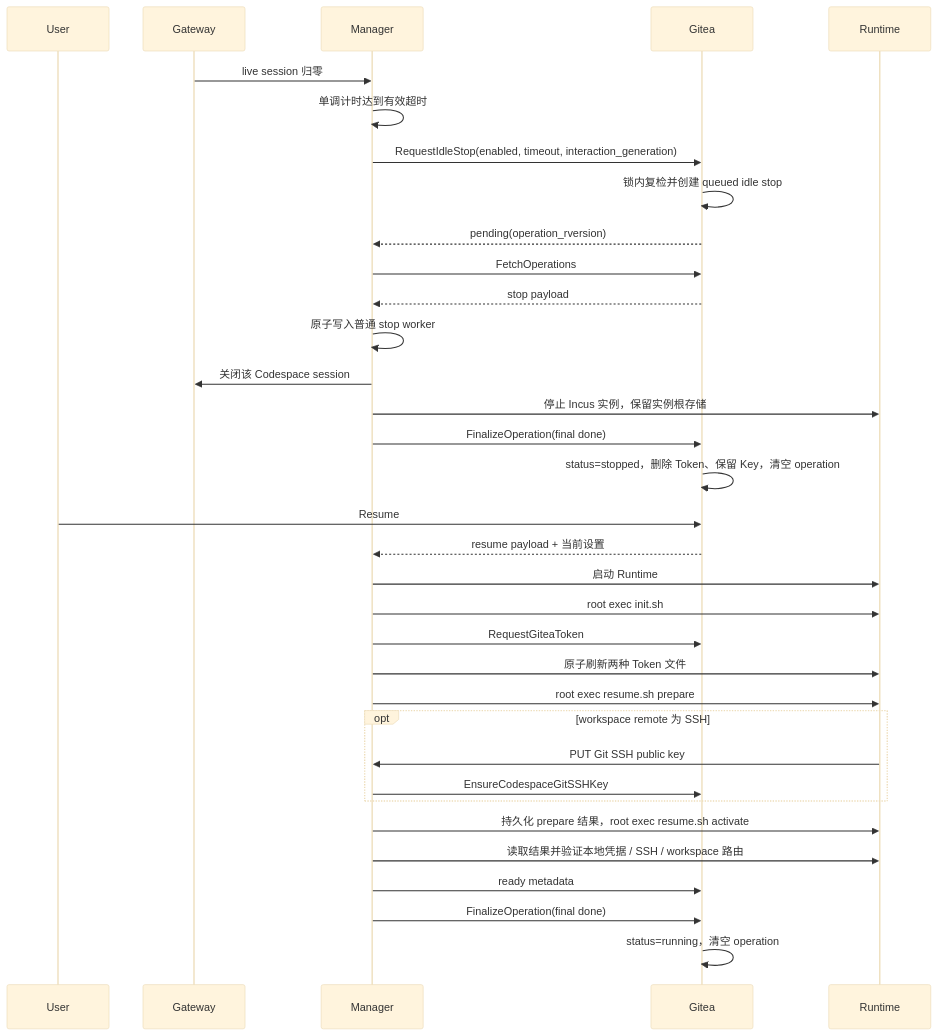
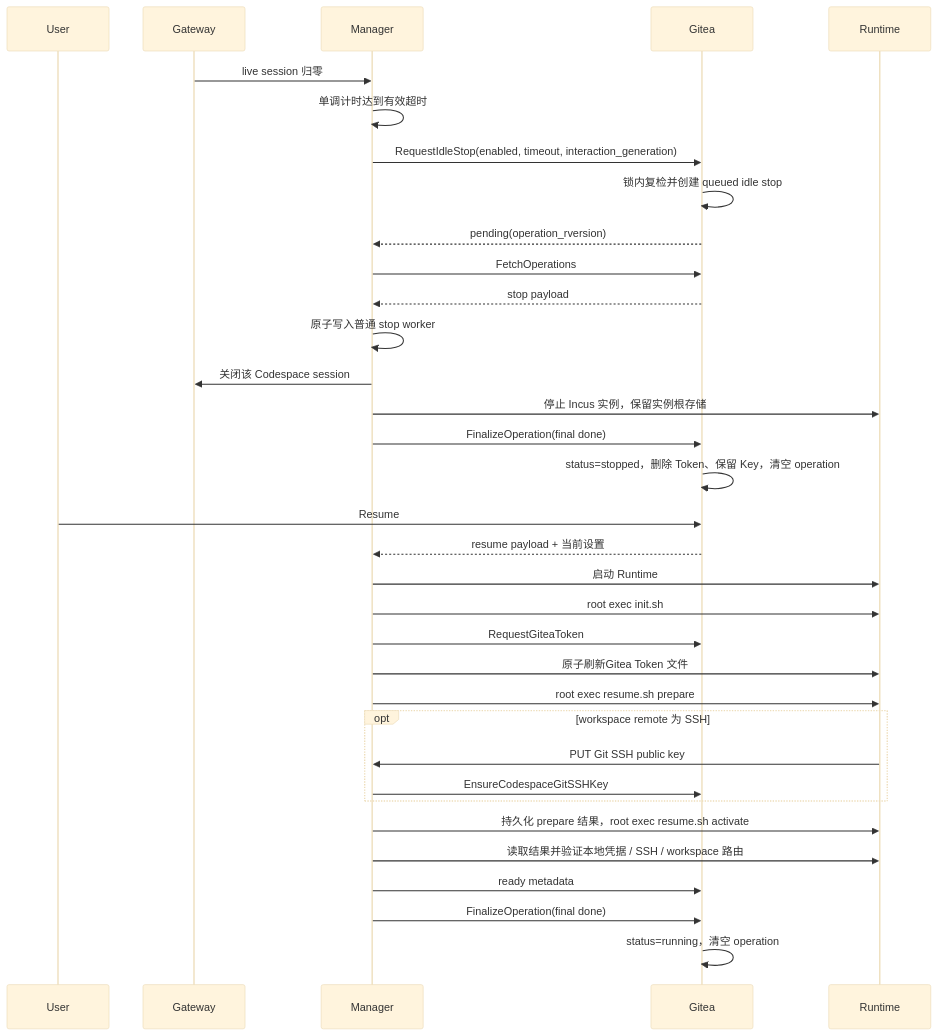
The third of 3 diagrams in src/lifecycle-flows.md (ExplodingDragon/gitea-dev), drawn with Mermaid (base theme) before and after one commit. The commit also changed other lines of this file and 10 other files, not shown here.

````diff
--- a/src/lifecycle-flows.md
+++ b/src/lifecycle-flows.md
@@ -322,37 +322,37 @@
 ```mermaid
 sequenceDiagram
     participant U as User
     participant W as Gateway
     participant M as Manager
     participant G as Gitea
     participant R as Runtime
 
     W->>M: live session 归零
     M->>M: 单调计时达到有效超时
     M->>G: RequestIdleStop(enabled, timeout, interaction_generation)
     G->>G: 锁内复检并创建 queued idle stop
     G-->>M: pending(operation_rversion)
     M->>G: FetchOperations
     G-->>M: stop payload
     M->>M: 原子写入普通 stop worker
     M->>W: 关闭该 Codespace session
     M->>R: 停止 Incus 实例，保留实例根存储
     M->>G: FinalizeOperation(final done)
     G->>G: status=stopped，删除 Token、保留 Key，清空 operation
     U->>G: Resume
     G-->>M: resume payload + 当前设置
     M->>R: 启动 Runtime
     M->>R: root exec init.sh
     M->>G: RequestGiteaToken
-    M->>R: 原子刷新两种 Token 文件
+    M->>R: 原子刷新Gitea Token 文件
     M->>R: root exec resume.sh prepare
     opt workspace remote 为 SSH
         R->>M: PUT Git SSH public key
         M->>G: EnsureCodespaceGitSSHKey
     end
     M->>R: 持久化 prepare 结果，root exec resume.sh activate
     M->>R: 读取结果并验证本地凭据 / SSH / workspace 路由
     M->>G: ready metadata
     M->>G: FinalizeOperation(final done)
     G->>G: status=running，清空 operation
 ```
````
